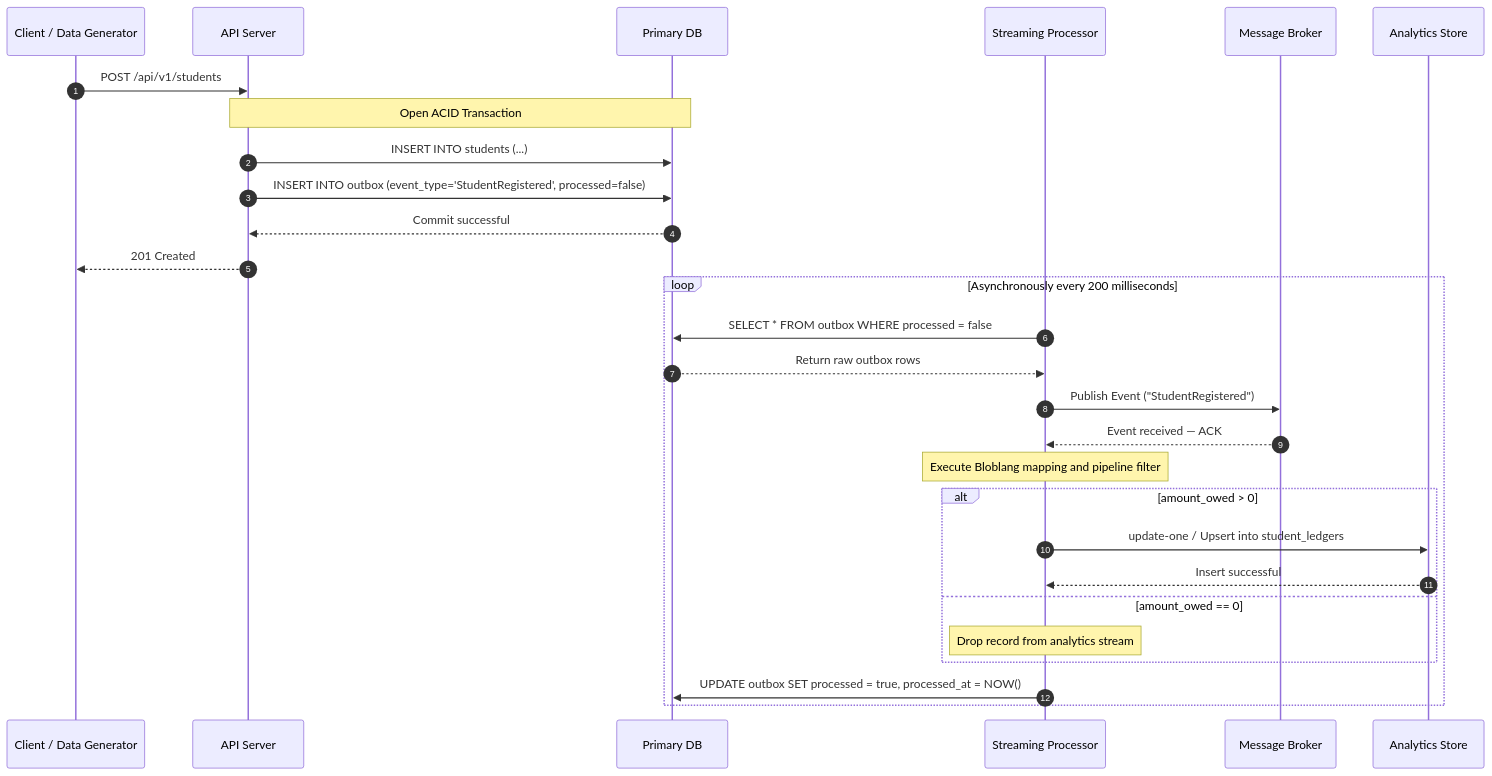
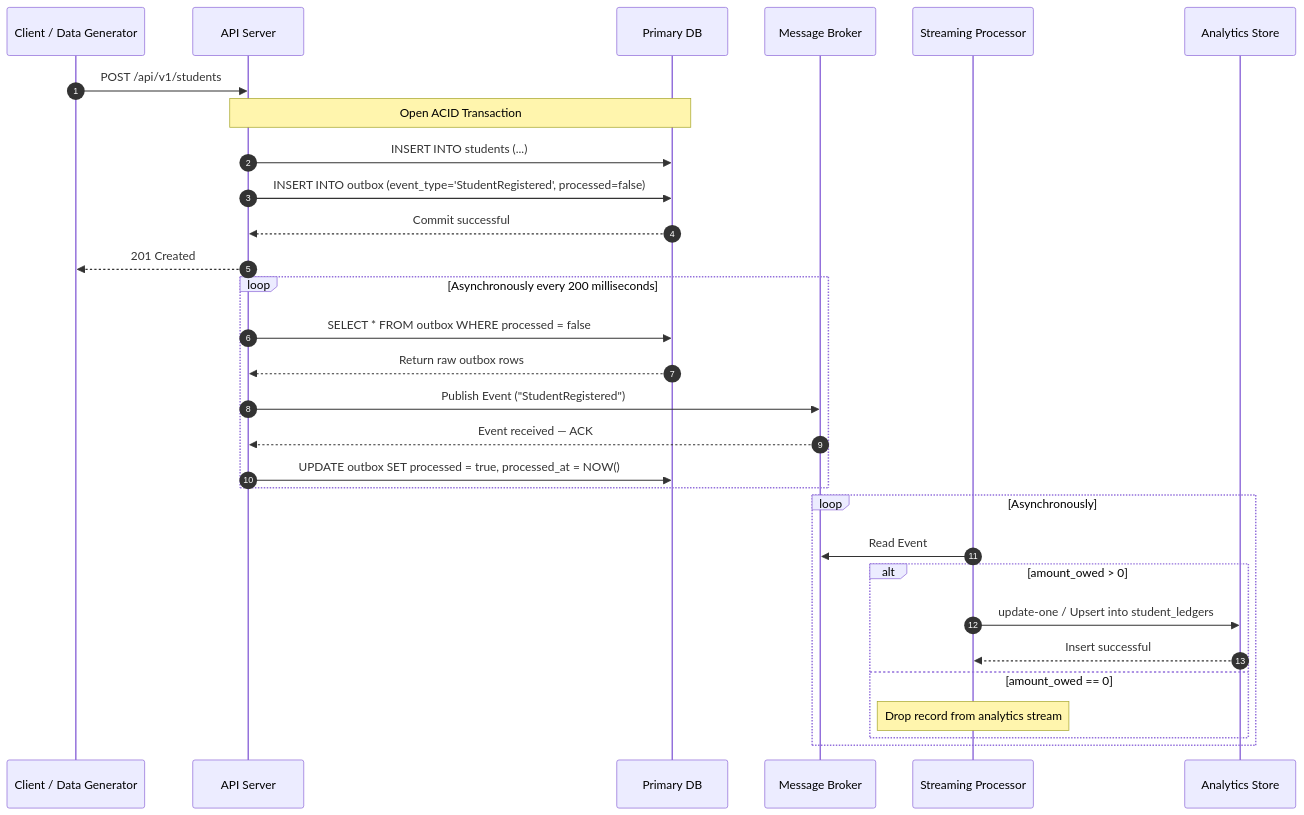
The fifth of 5 diagrams in ARCHITECTURE.md (mnpro98/music-academy-platform), drawn with Mermaid before and after one commit. The commit also changed other lines of this file, not shown here.

Commit message:
Corrections to ARCHITECTURE.md

````diff
--- a/ARCHITECTURE.md
+++ b/ARCHITECTURE.md
@@ -150,33 +151,35 @@
 ```mermaid
 sequenceDiagram
     autonumber
     participant Gen as Client / Data Generator
     participant API as API Server
     participant DB as Primary DB
+    participant Broker as Message Broker
     participant ETL as Streaming Processor
-    participant Broker as Message Broker
     participant Mongo as Analytics Store
 
     Gen->>API: POST /api/v1/students
 
     Note over API,DB: Open ACID Transaction
     API->>DB: INSERT INTO students (...)
     API->>DB: INSERT INTO outbox (event_type='StudentRegistered', processed=false)
     DB-->>API: Commit successful
     API-->>Gen: 201 Created
 
     loop Asynchronously every 200 milliseconds
-        ETL->>DB: SELECT * FROM outbox WHERE processed = false
-        DB-->>ETL: Return raw outbox rows
-        ETL->>Broker: Publish Event ("StudentRegistered")
-        Broker-->>ETL: Event received — ACK
-        Note over ETL: Execute Bloblang mapping and pipeline filter
+        API->>DB: SELECT * FROM outbox WHERE processed = false
+        DB-->>API: Return raw outbox rows
+        API->>Broker: Publish Event ("StudentRegistered")
+        Broker-->>API: Event received — ACK
+        API->>DB: UPDATE outbox SET processed = true, processed_at = NOW()
+    end
+    loop Asynchronously
+        ETL->>Broker: Read Event
         alt amount_owed > 0
             ETL->>Mongo: update-one / Upsert into student_ledgers
             Mongo-->>ETL: Insert successful
         else amount_owed == 0
             Note over ETL: Drop record from analytics stream
         end
-        ETL->>DB: UPDATE outbox SET processed = true, processed_at = NOW()
     end
 ```
````
